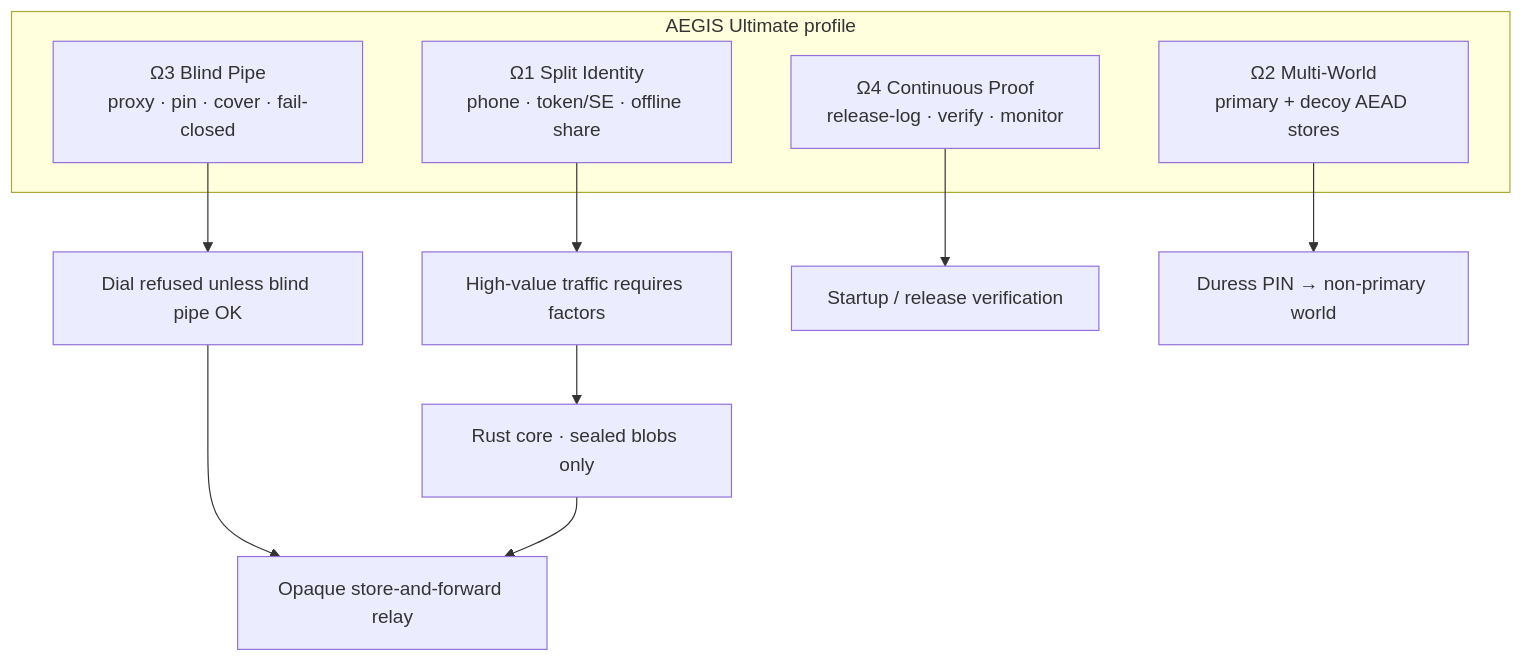
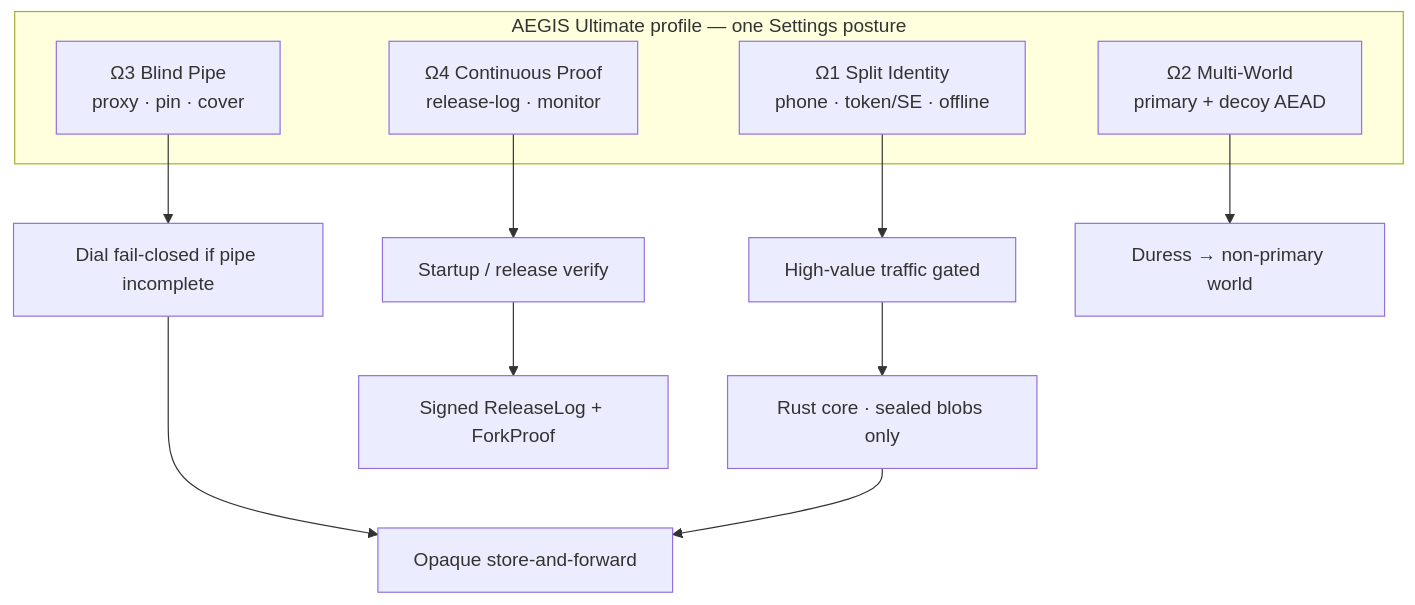
One commit to Oz4462/aegis-messenger changed the first of 2 diagrams in README.md. Above: the diagram before and after it, drawn with Mermaid. The commit also changed other lines of this file, not shown here.

First line of the commit message:
docs(readme): classic long-form voice + full Ultimate narrative

````diff
--- a/README.md
+++ b/README.md
@@ -89,16 +86,17 @@
 ```mermaid
 flowchart TB
-    subgraph Ultimate["AEGIS Ultimate profile"]
-        U1["Ω1 Split Identity<br/>phone · token/SE · offline share"]
-        U2["Ω2 Multi-World<br/>primary + decoy AEAD stores"]
-        U3["Ω3 Blind Pipe<br/>proxy · pin · cover · fail-closed"]
-        U4["Ω4 Continuous Proof<br/>release-log · verify · monitor"]
+    subgraph U["AEGIS Ultimate profile — one Settings posture"]
+      O1["Ω1 Split Identity<br/>phone · token/SE · offline"]
+      O2["Ω2 Multi-World<br/>primary + decoy AEAD"]
+      O3["Ω3 Blind Pipe<br/>proxy · pin · cover"]
+      O4["Ω4 Continuous Proof<br/>release-log · monitor"]
     end
-    U1 --> Gate["High-value traffic requires factors"]
-    U3 --> Dial["Dial refused unless blind pipe OK"]
-    U4 --> Proof["Startup / release verification"]
-    U2 --> Duress["Duress PIN → non-primary world"]
-    Gate --> Core["Rust core · sealed blobs only"]
-    Dial --> Relay["Opaque store-and-forward relay"]
-    Core --> Relay
+    O1 --> HV["High-value traffic gated"]
+    O3 --> DIAL["Dial fail-closed if pipe incomplete"]
+    O4 --> PROOF["Startup / release verify"]
+    O2 --> DURESS["Duress → non-primary world"]
+    HV --> CORE["Rust core · sealed blobs only"]
+    DIAL --> RELAY["Opaque store-and-forward"]
+    CORE --> RELAY
+    PROOF --> LOG["Signed ReleaseLog + ForkProof"]
 ```
````
